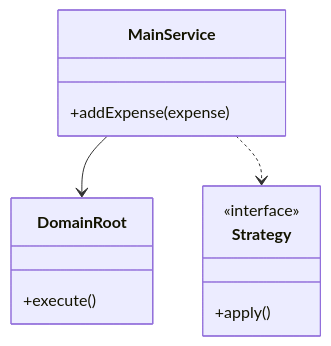
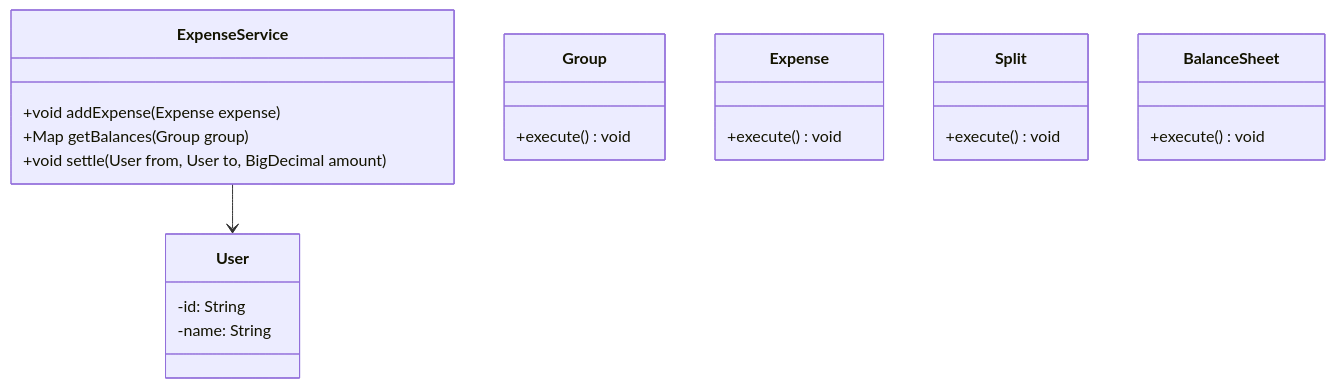
One commit to madhupaila/Interview-Prep-SSE changed the first of 3 diagrams in Learn/System Design - Low Level Design/02-classic-ood/questions/Q18-splitwise.md. Above: the diagram before and after it, drawn with Mermaid. The commit also changed other lines of this file and 491 other files, not shown here.

````diff
--- a/Learn/System Design - Low Level Design/02-classic-ood/questions/Q18-splitwise.md
+++ b/Learn/System Design - Low Level Design/02-classic-ood/questions/Q18-splitwise.md
@@ -75,15 +88,25 @@
 ```mermaid
 classDiagram
-    class MainService {
-        +addExpense(expense)
+    class ExpenseService {
+        +void addExpense(Expense expense)
+        +Map<User, BigDecimal> getBalances(Group group)
+        +void settle(User from, User to, BigDecimal amount)
     }
-    class DomainRoot {
-        +execute()
+    class User {
+        -id: String
+        -name: String
     }
-    class Strategy {
-        <<interface>>
-        +apply()
+    class Group {
+        +execute() void
     }
-    MainService --> DomainRoot
-    MainService ..> Strategy
+    class Expense {
+        +execute() void
+    }
+    class Split {
+        +execute() void
+    }
+    class BalanceSheet {
+        +execute() void
+    }
+    ExpenseService --> User
 ```
````
